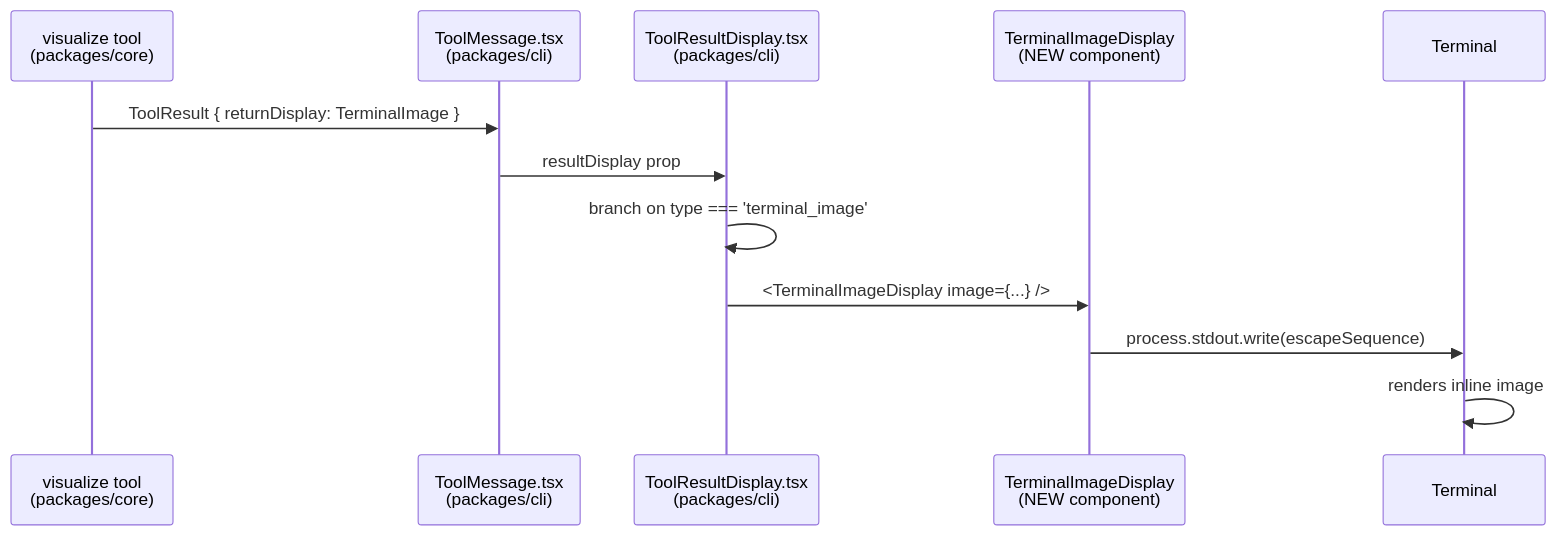
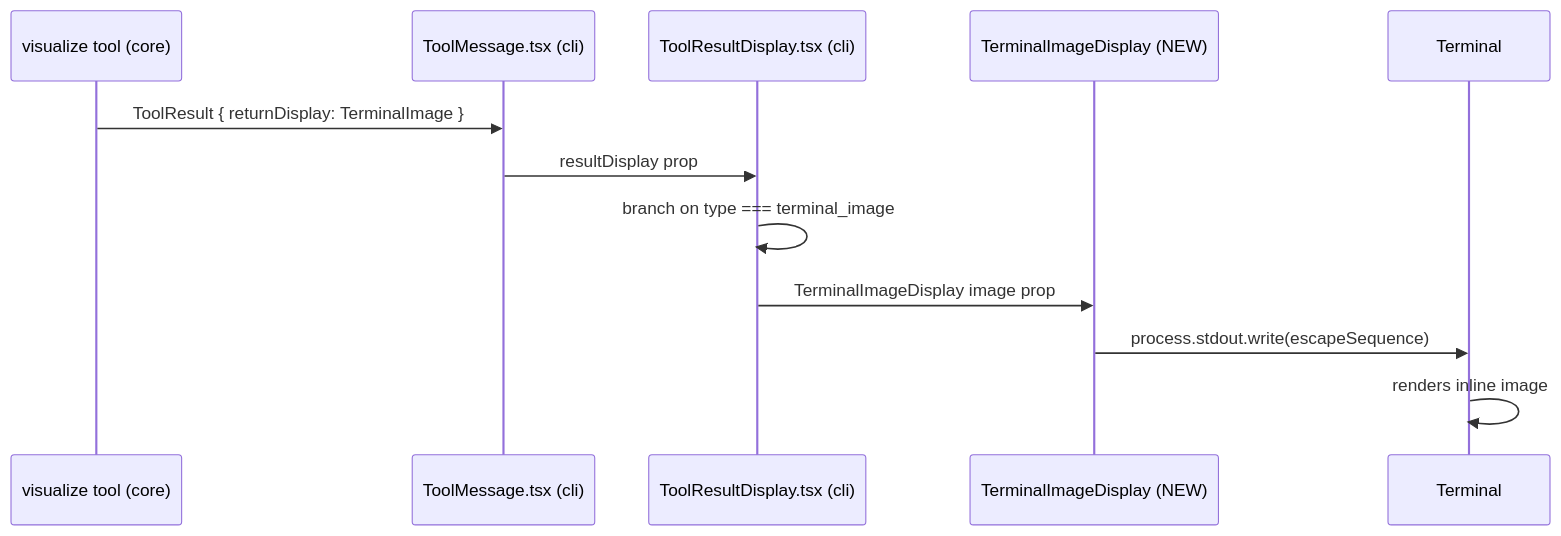
Before and after one commit to muddlebee/gemini-cli: the third of 11 diagrams in docs/local/gsoc-proposal-visualization-v2.md, drawn with Mermaid. The commit also changed other lines of this file, not shown here.

Commit message:
refactor(docs): enhance Mermaid diagrams for clarity and consistency in GSoC proposal

````diff
--- a/docs/local/gsoc-proposal-visualization-v2.md
+++ b/docs/local/gsoc-proposal-visualization-v2.md
@@ -104,15 +104,15 @@
 ```mermaid
 sequenceDiagram
-    participant Tool as visualize tool<br/>(packages/core)
-    participant TM as ToolMessage.tsx<br/>(packages/cli)
-    participant TRD as ToolResultDisplay.tsx<br/>(packages/cli)
-    participant TID as TerminalImageDisplay<br/>(NEW component)
+    participant Tool as visualize tool (core)
+    participant TM as ToolMessage.tsx (cli)
+    participant TRD as ToolResultDisplay.tsx (cli)
+    participant TID as TerminalImageDisplay (NEW)
     participant Term as Terminal
 
     Tool->>TM: ToolResult { returnDisplay: TerminalImage }
     TM->>TRD: resultDisplay prop
-    TRD->>TRD: branch on type === 'terminal_image'
-    TRD->>TID: <TerminalImageDisplay image={...} />
+    TRD->>TRD: branch on type === terminal_image
+    TRD->>TID: TerminalImageDisplay image prop
     TID->>Term: process.stdout.write(escapeSequence)
     Term->>Term: renders inline image
 ```
````
